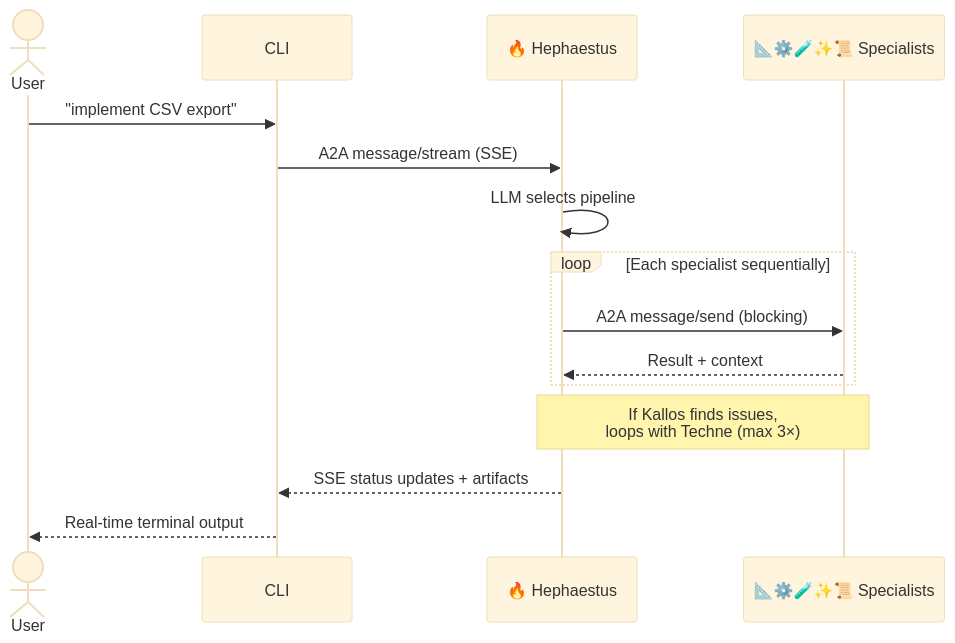
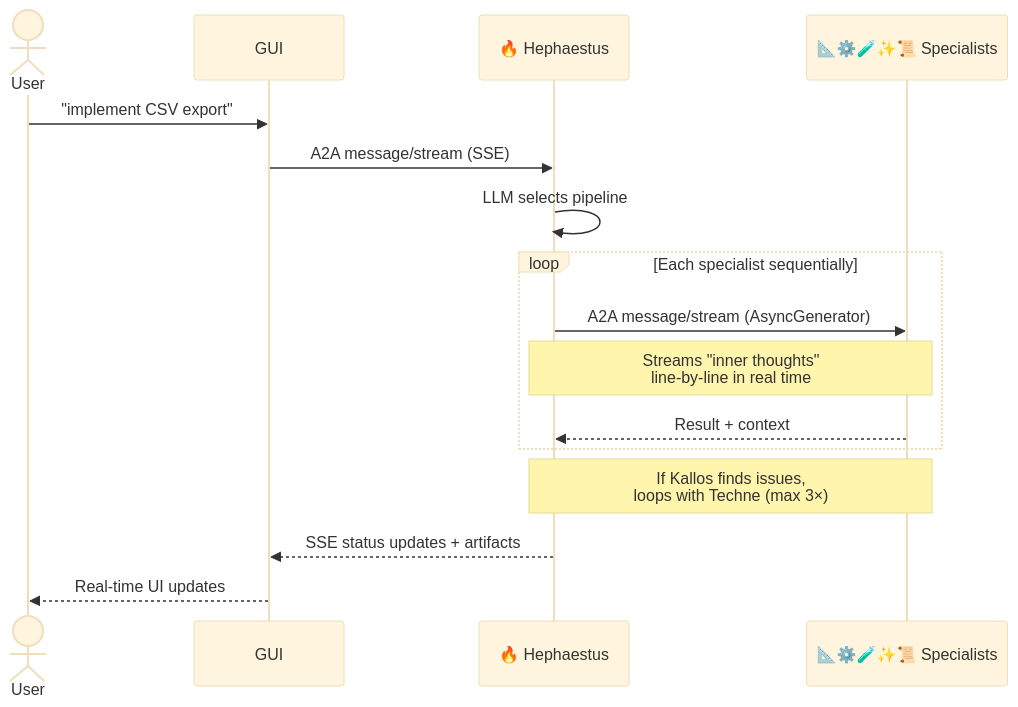
The diagram in docs/overview.md (ajbarea/kourai-khryseai), drawn with Mermaid (base theme) before and after one commit. The commit also changed other lines of this file and 2 other files, not shown here.

Commit message:
docs(core): document HOTL architecture and direct agent handoffs
- Added explanations for Human-on-the-Loop asynchronous streaming
- Documented direct specialist handoff via @agent mentions
- Updated diagrams to reflect real-time GUI updates
- Clarified proactive UX and A/B multiple-choice options

````diff
--- a/docs/overview.md
+++ b/docs/overview.md
@@ -64,18 +64,19 @@
 ```mermaid
 sequenceDiagram
     actor User
-    participant CLI
+    participant GUI
     participant Hephaestus as 🔥 Hephaestus
     participant Specialists as 📐⚙️🧪✨📜 Specialists
 
-    User->>CLI: "implement CSV export"
-    CLI->>Hephaestus: A2A message/stream (SSE)
+    User->>GUI: "implement CSV export"
+    GUI->>Hephaestus: A2A message/stream (SSE)
     Hephaestus->>Hephaestus: LLM selects pipeline
     loop Each specialist sequentially
-        Hephaestus->>Specialists: A2A message/send (blocking)
+        Hephaestus->>Specialists: A2A message/stream (AsyncGenerator)
+        Note over Specialists,Hephaestus: Streams "inner thoughts"<br/>line-by-line in real time
         Specialists-->>Hephaestus: Result + context
     end
     Note over Hephaestus,Specialists: If Kallos finds issues,<br/>loops with Techne (max 3×)
-    Hephaestus-->>CLI: SSE status updates + artifacts
-    CLI-->>User: Real-time terminal output
+    Hephaestus-->>GUI: SSE status updates + artifacts
+    GUI-->>User: Real-time UI updates
 ```
````
